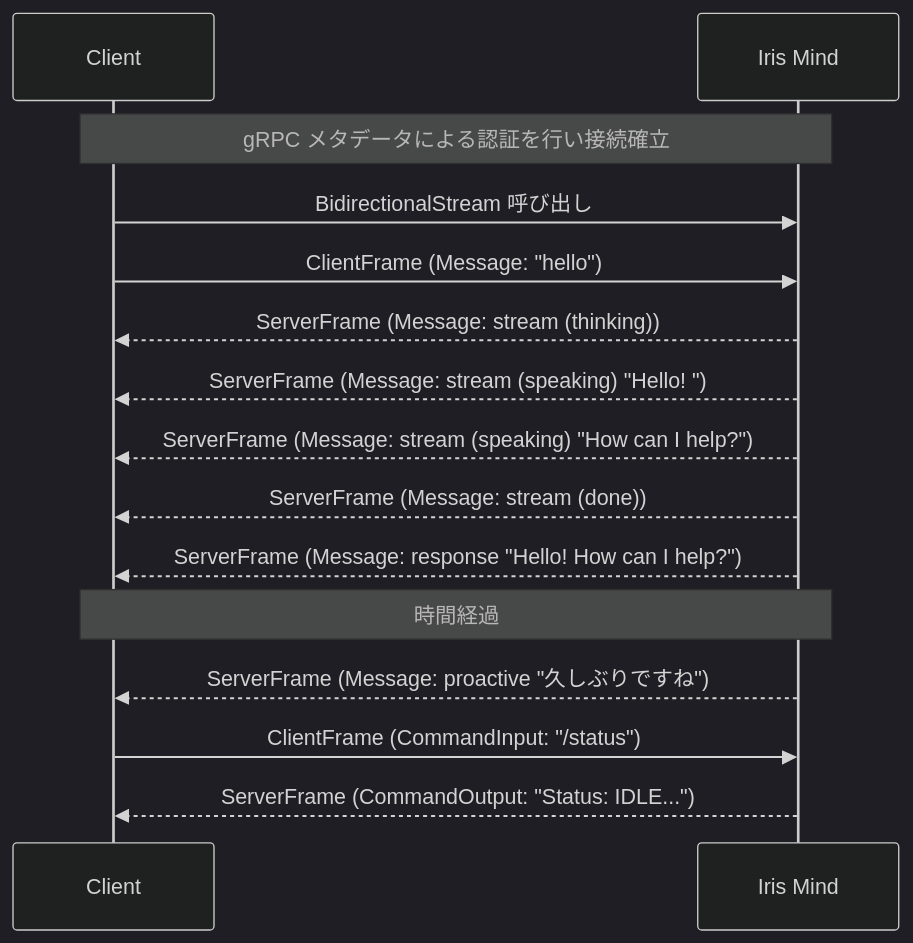
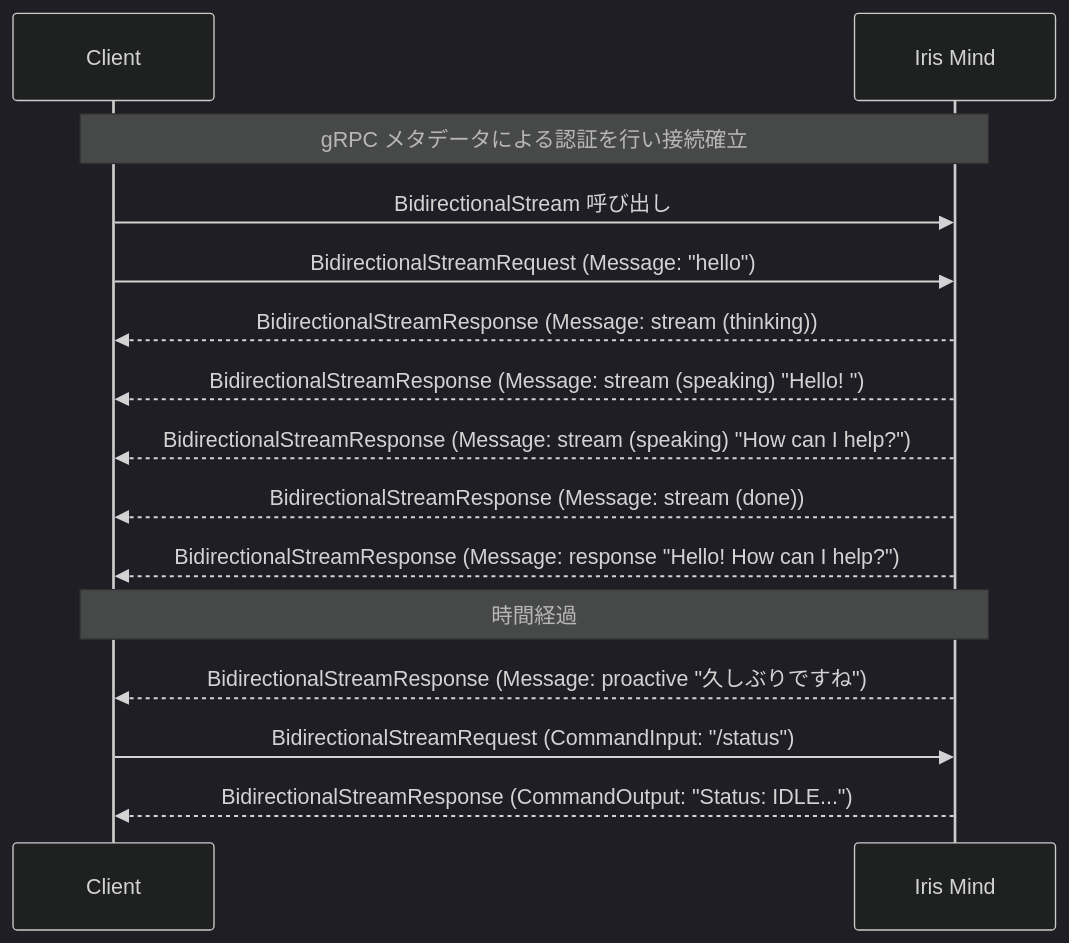
The first of 2 diagrams in docs/client-guide.md (ibukani/iris-mind), drawn with Mermaid (dark theme) before and after one commit. The commit also changed other lines of this file and 1 other file, not shown here.

Commit message:
docs: プロトコル仕様書を proto 変更に同期
- docs/ipc-spec.md: proto 定義・型名・Python/Rust 実装例を最新化
- docs/client-guide.md: ClientFrame/ServerFrame→BidirectionalStreamRequest/Response

````diff
--- a/docs/client-guide.md
+++ b/docs/client-guide.md
@@ -13,22 +13,22 @@
 ```mermaid
 sequenceDiagram
     participant C as Client
     participant K as Iris Mind
 
     Note over C,K: gRPC メタデータによる認証を行い接続確立
     C->>K: BidirectionalStream 呼び出し
 
-    C->>K: ClientFrame (Message: "hello")
-    K-->>C: ServerFrame (Message: stream (thinking))
-    K-->>C: ServerFrame (Message: stream (speaking) "Hello! ")
-    K-->>C: ServerFrame (Message: stream (speaking) "How can I help?")
-    K-->>C: ServerFrame (Message: stream (done))
-    K-->>C: ServerFrame (Message: response "Hello! How can I help?")
+    C->>K: BidirectionalStreamRequest (Message: "hello")
+    K-->>C: BidirectionalStreamResponse (Message: stream (thinking))
+    K-->>C: BidirectionalStreamResponse (Message: stream (speaking) "Hello! ")
+    K-->>C: BidirectionalStreamResponse (Message: stream (speaking) "How can I help?")
+    K-->>C: BidirectionalStreamResponse (Message: stream (done))
+    K-->>C: BidirectionalStreamResponse (Message: response "Hello! How can I help?")
 
     Note over C,K: 時間経過
 
-    K-->>C: ServerFrame (Message: proactive "久しぶりですね")
+    K-->>C: BidirectionalStreamResponse (Message: proactive "久しぶりですね")
 
-    C->>K: ClientFrame (CommandInput: "/status")
-    K-->>C: ServerFrame (CommandOutput: "Status: IDLE...")
+    C->>K: BidirectionalStreamRequest (CommandInput: "/status")
+    K-->>C: BidirectionalStreamResponse (CommandOutput: "Status: IDLE...")
 ```
````
